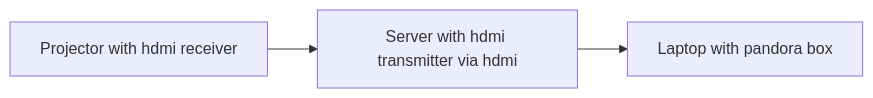
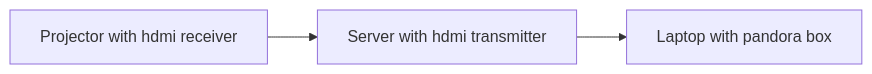
The diagram in README.md (deniseten/EGL314), drawn with Mermaid before and after one commit.

Commit message:
updated text for video diagram

````diff
--- a/README.md
+++ b/README.md
@@ -4,5 +4,5 @@
 ```mermaid
 graph LR
-A[Projector with hdmi receiver]-->B[Server with hdmi transmitter via hdmi]
+A[Projector with hdmi receiver]-->B[Server with hdmi transmitter]
 B-->C[Laptop with pandora box]
 ```
````
